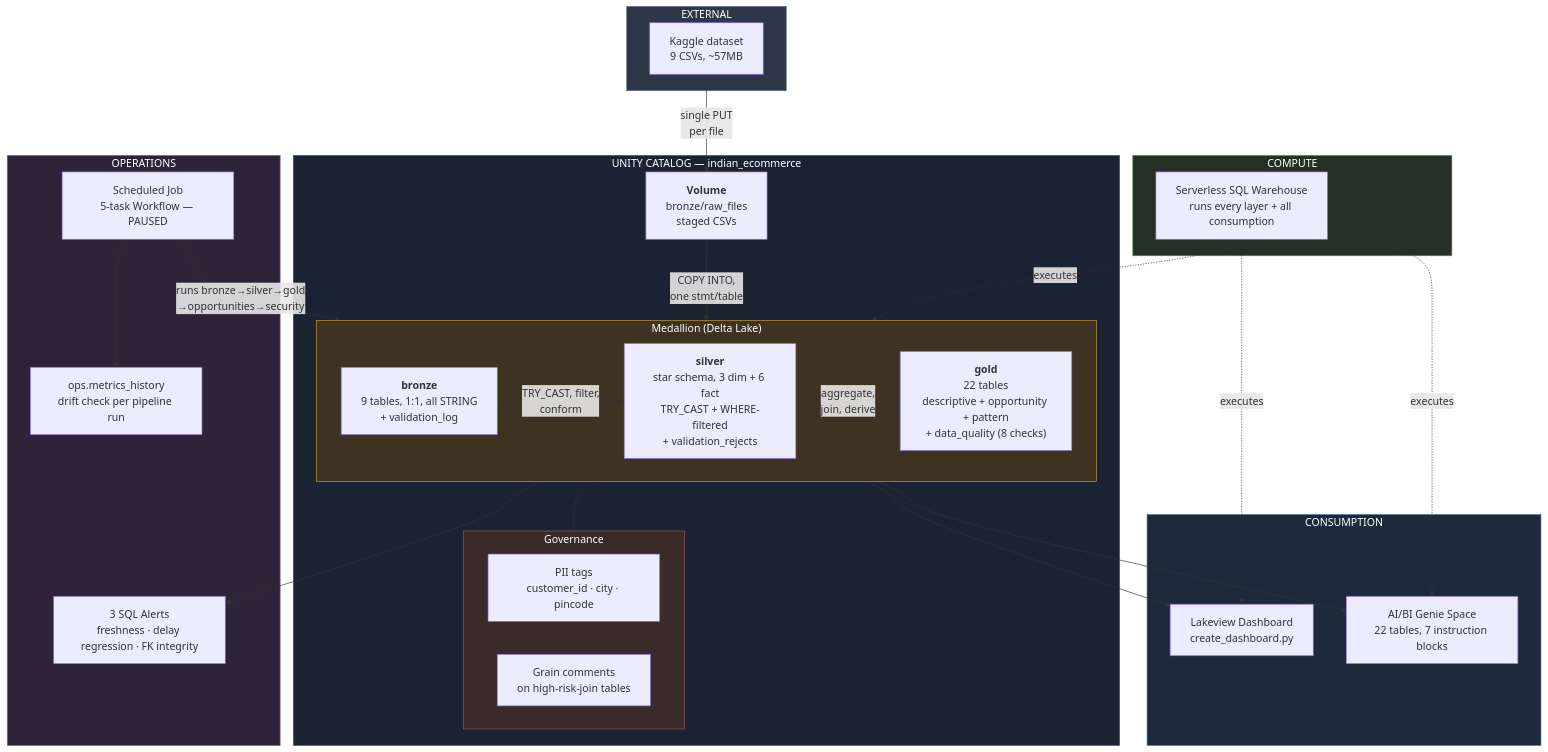
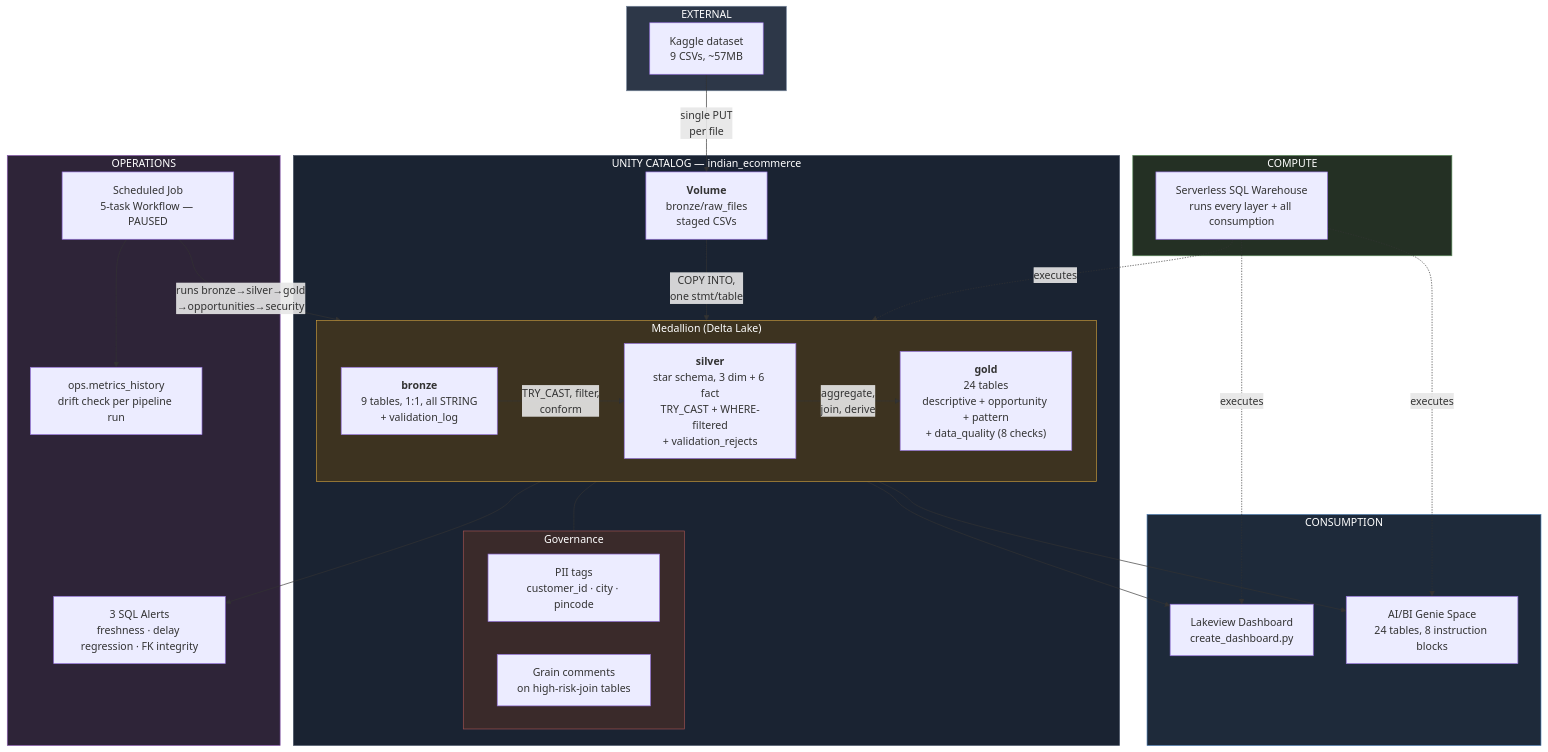
One commit to drdhavaltrivedi/indian-ecommerce-databricks-analytics changed the first of 4 diagrams in README.md. Above: the diagram before and after it, drawn with Mermaid. The commit also changed other lines of this file and 1 other file, not shown here.

First line of the commit message:
Document AI & data governance in README, extend Genie scope to 24 tables

````diff
--- a/README.md
+++ b/README.md
@@ -58,59 +58,59 @@
 ```mermaid
 flowchart TB
     subgraph EXT["EXTERNAL"]
         KG["Kaggle dataset<br/>9 CSVs, ~57MB"]
     end
 
     subgraph UC["UNITY CATALOG — indian_ecommerce"]
         VOL["<b>Volume</b><br/>bronze/raw_files<br/>staged CSVs"]
 
         subgraph MED["Medallion (Delta Lake)"]
             direction LR
             BZ["<b>bronze</b><br/>9 tables, 1:1, all STRING<br/>+ validation_log"]
             SL["<b>silver</b><br/>star schema, 3 dim + 6 fact<br/>TRY_CAST + WHERE-filtered<br/>+ validation_rejects"]
-            GL["<b>gold</b><br/>22 tables<br/>descriptive + opportunity + pattern<br/>+ data_quality (8 checks)"]
+            GL["<b>gold</b><br/>24 tables<br/>descriptive + opportunity + pattern<br/>+ data_quality (8 checks)"]
             BZ -->|"TRY_CAST, filter,<br/>conform"| SL
             SL -->|"aggregate,<br/>join, derive"| GL
         end
 
         subgraph GOV["Governance"]
             PII["PII tags<br/>customer_id · city · pincode"]
             GRAIN["Grain comments<br/>on high-risk-join tables"]
         end
     end
 
     subgraph COMPUTE["COMPUTE"]
         WH["Serverless SQL Warehouse<br/>runs every layer + all consumption"]
     end
 
     subgraph CONSUME["CONSUMPTION"]
         DASH["Lakeview Dashboard<br/>create_dashboard.py"]
-        GENIE["AI/BI Genie Space<br/>22 tables, 7 instruction blocks"]
+        GENIE["AI/BI Genie Space<br/>24 tables, 8 instruction blocks"]
     end
 
     subgraph OPS["OPERATIONS"]
         JOB["Scheduled Job<br/>5-task Workflow — PAUSED"]
         ALERT["3 SQL Alerts<br/>freshness · delay regression · FK integrity"]
         METRICS["ops.metrics_history<br/>drift check per pipeline run"]
     end
 
     KG -->|"single PUT<br/>per file"| VOL
     VOL -->|"COPY INTO,<br/>one stmt/table"| BZ
     GL --- GOV
     WH -.->|executes| MED
     WH -.->|executes| DASH
     WH -.->|executes| GENIE
     GL --> DASH
     GL --> GENIE
     JOB -->|"runs bronze→silver→gold<br/>→opportunities→security"| MED
     JOB --> METRICS
     GL --> ALERT
 
     style EXT fill:#2d3748,stroke:#718096,color:#fff
     style UC fill:#1a2332,stroke:#4a5568,color:#fff
     style MED fill:#3d3320,stroke:#c89b3c,color:#fff
     style GOV fill:#3a2a2a,stroke:#a05252,color:#fff
     style COMPUTE fill:#243024,stroke:#5a8a5a,color:#fff
     style CONSUME fill:#1e2a3a,stroke:#4a7ab0,color:#fff
     style OPS fill:#2e2438,stroke:#8a5ab0,color:#fff
 ```
````
